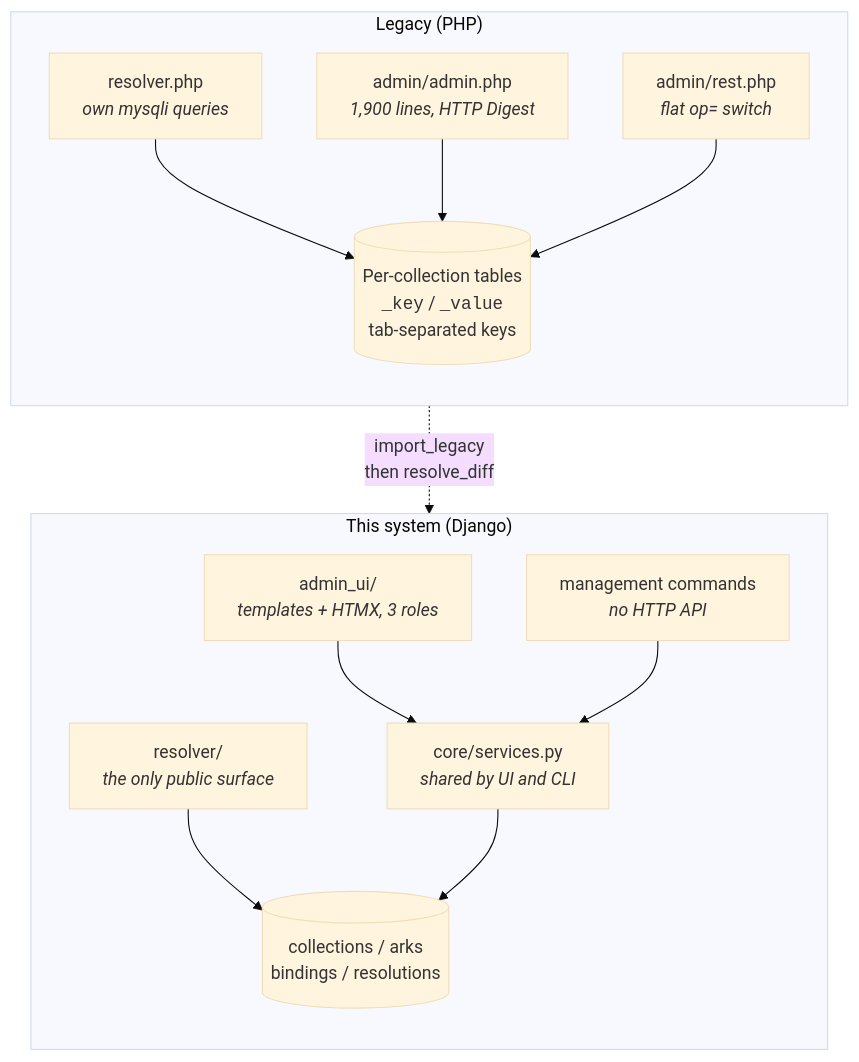
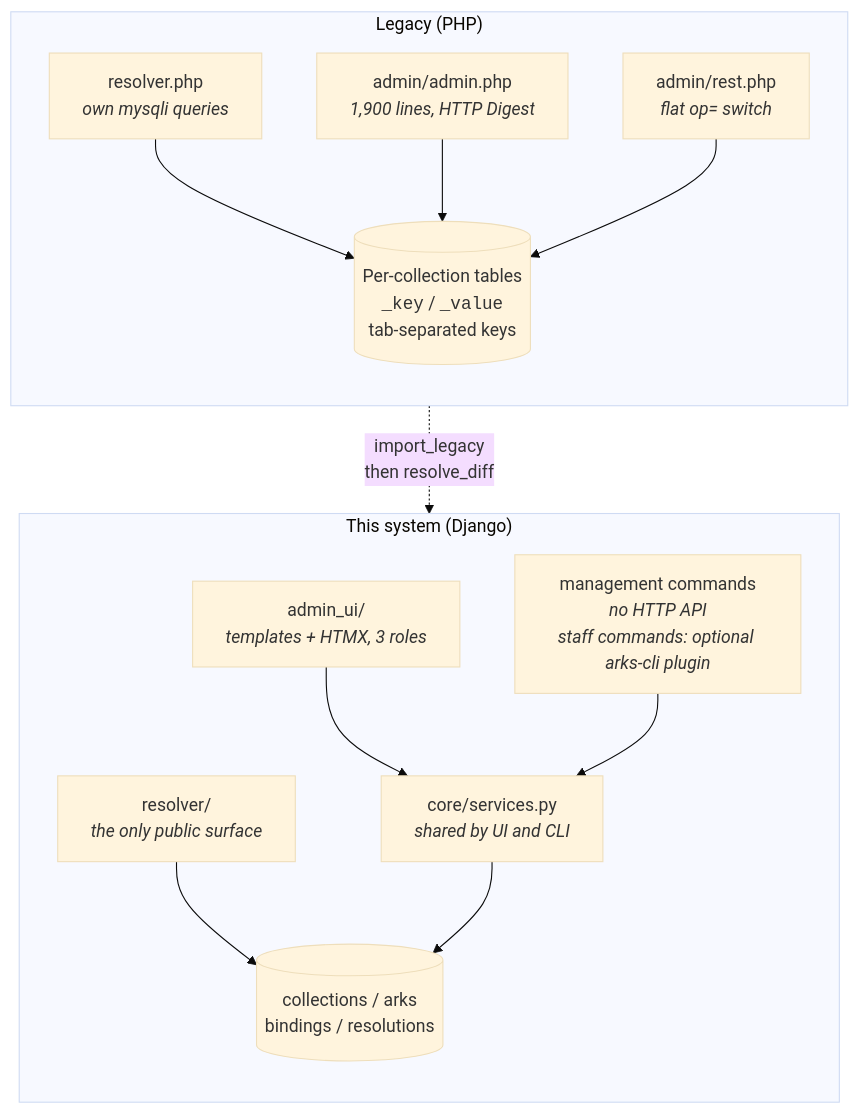
The first of 11 diagrams in docs/README_EXTENDED.md (digitalutsc/arks-service), drawn with Mermaid (base theme) before and after one commit. The commit also changed other lines of this file and 12 other files, not shown here.

````diff
--- a/docs/README_EXTENDED.md
+++ b/docs/README_EXTENDED.md
@@ -36,28 +36,28 @@
 ```mermaid
 flowchart TB
     subgraph LEGACY["Legacy (PHP)"]
         direction TB
         L1["resolver.php<br/><i>own mysqli queries</i>"]
         L2["admin/admin.php<br/><i>1,900 lines, HTTP Digest</i>"]
         L3["admin/rest.php<br/><i>flat op= switch</i>"]
         L4[("Per-collection tables<br/><code>_key</code> / <code>_value</code><br/>tab-separated keys")]
         L1 --> L4
         L2 --> L4
         L3 --> L4
     end
 
     subgraph NEW["This system (Django)"]
         direction TB
         N1["resolver/<br/><i>the only public surface</i>"]
         N2["admin_ui/<br/><i>templates + HTMX, 3 roles</i>"]
-        N3["management commands<br/><i>no HTTP API</i>"]
+        N3["management commands<br/><i>no HTTP API</i><br/><i>staff commands: optional arks-cli plugin</i>"]
         N4["core/services.py<br/><i>shared by UI and CLI</i>"]
         N5[("collections / arks<br/>bindings / resolutions")]
         N1 --> N5
         N2 --> N4
         N3 --> N4
         N4 --> N5
     end
 
     LEGACY -.->|"import_legacy<br/>then resolve_diff"| NEW
 ```
````
